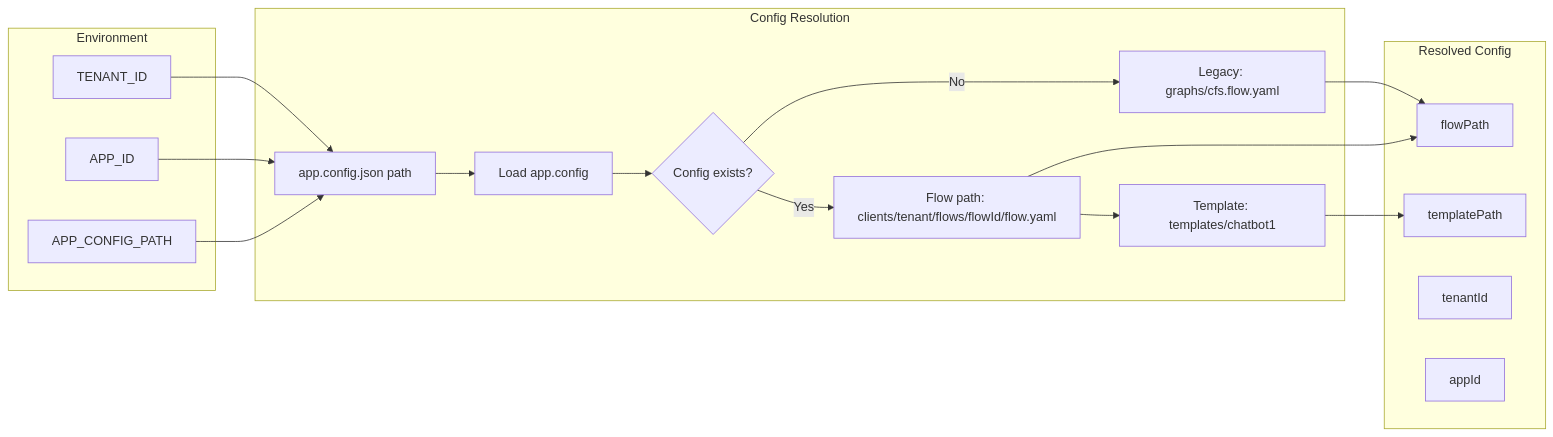
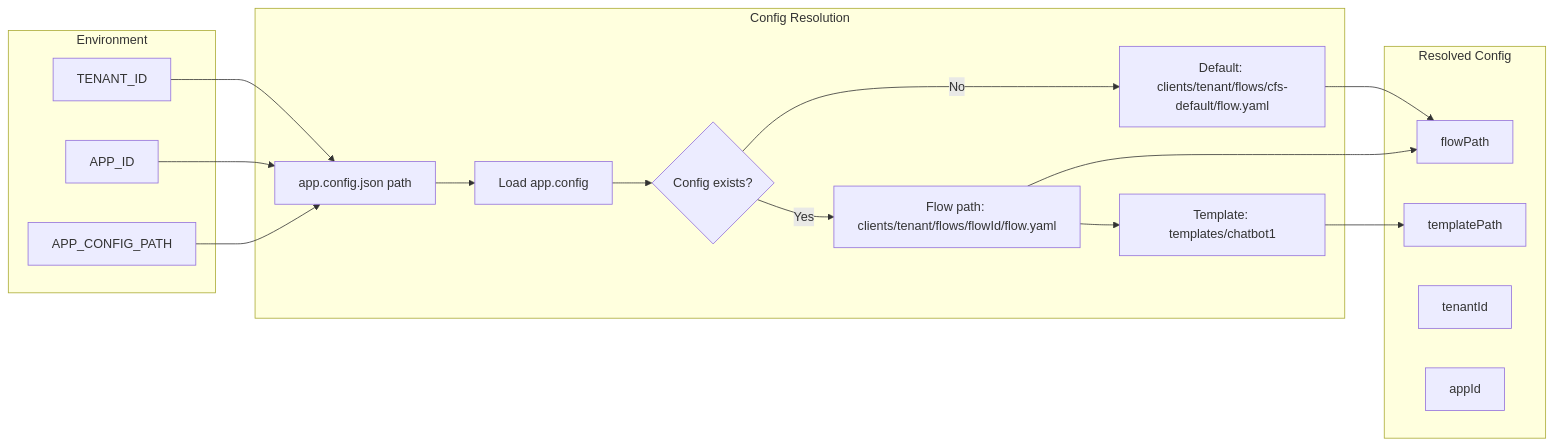
One commit to xpachecc/ChatBot-Test-1 changed the fourth of 7 diagrams in docs/architecture-diagram.md. Above: the diagram before and after it, drawn with Mermaid. The commit also changed 11 other files, not shown here.

First line of the commit message:
Consolidate flow YAML to client-only, require TENANT_ID/APP_ID, move docs

````diff
--- a/docs/architecture-diagram.md
+++ b/docs/architecture-diagram.md
@@ -143,31 +143,31 @@
 ```mermaid
 flowchart LR
     subgraph Env["Environment"]
         TENANT_ID[TENANT_ID]
         APP_ID[APP_ID]
         APP_CONFIG_PATH[APP_CONFIG_PATH]
     end
 
     subgraph Resolution["Config Resolution"]
         AppConfigPath[app.config.json path]
         AppConfigPath --> LoadConfig[Load app.config]
         LoadConfig --> HasConfig{Config exists?}
-        HasConfig -->|No| Legacy[Legacy: graphs/cfs.flow.yaml]
+        HasConfig -->|No| DefaultFlow[Default: clients/tenant/flows/cfs-default/flow.yaml]
         HasConfig -->|Yes| FlowPath[Flow path: clients/tenant/flows/flowId/flow.yaml]
         FlowPath --> Template[Template: templates/chatbot1]
     end
 
     subgraph Output["Resolved Config"]
         flowPath[flowPath]
         templatePath[templatePath]
         tenantId[tenantId]
         appId[appId]
     end
 
     TENANT_ID --> AppConfigPath
     APP_ID --> AppConfigPath
     APP_CONFIG_PATH --> AppConfigPath
-    Legacy --> flowPath
+    DefaultFlow --> flowPath
     FlowPath --> flowPath
     Template --> templatePath
 ```
````
